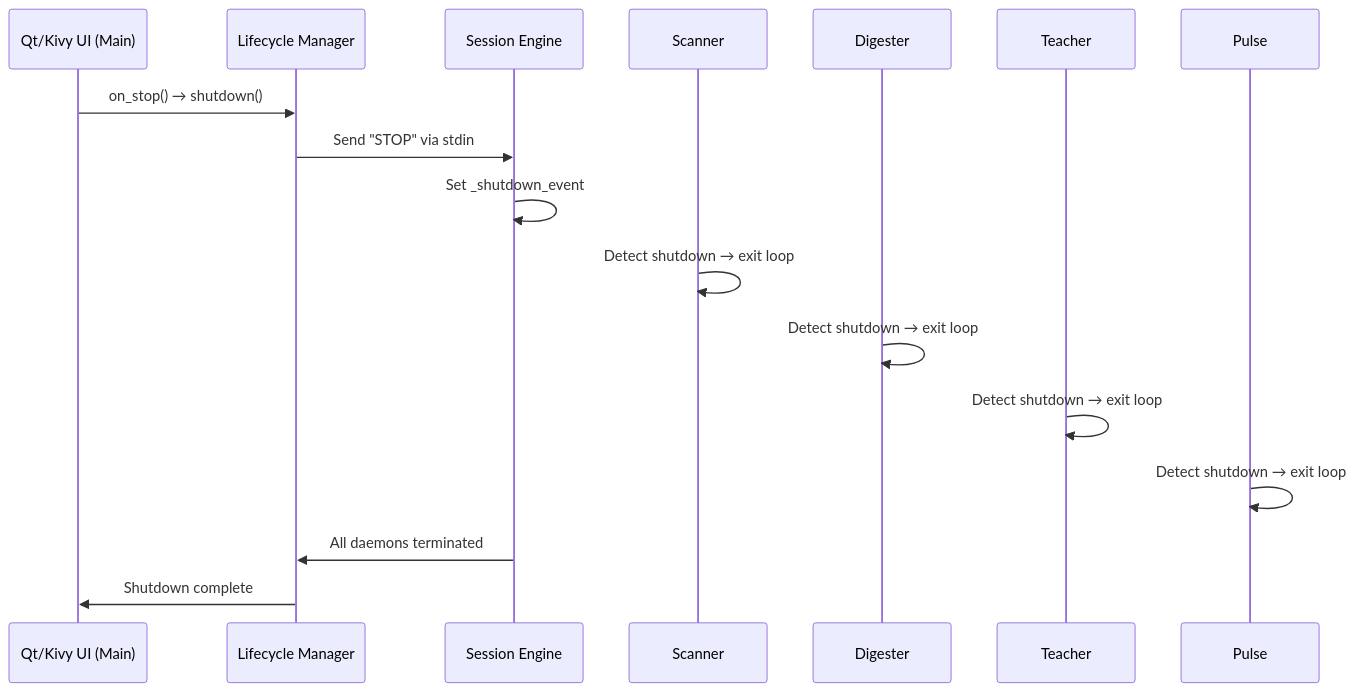
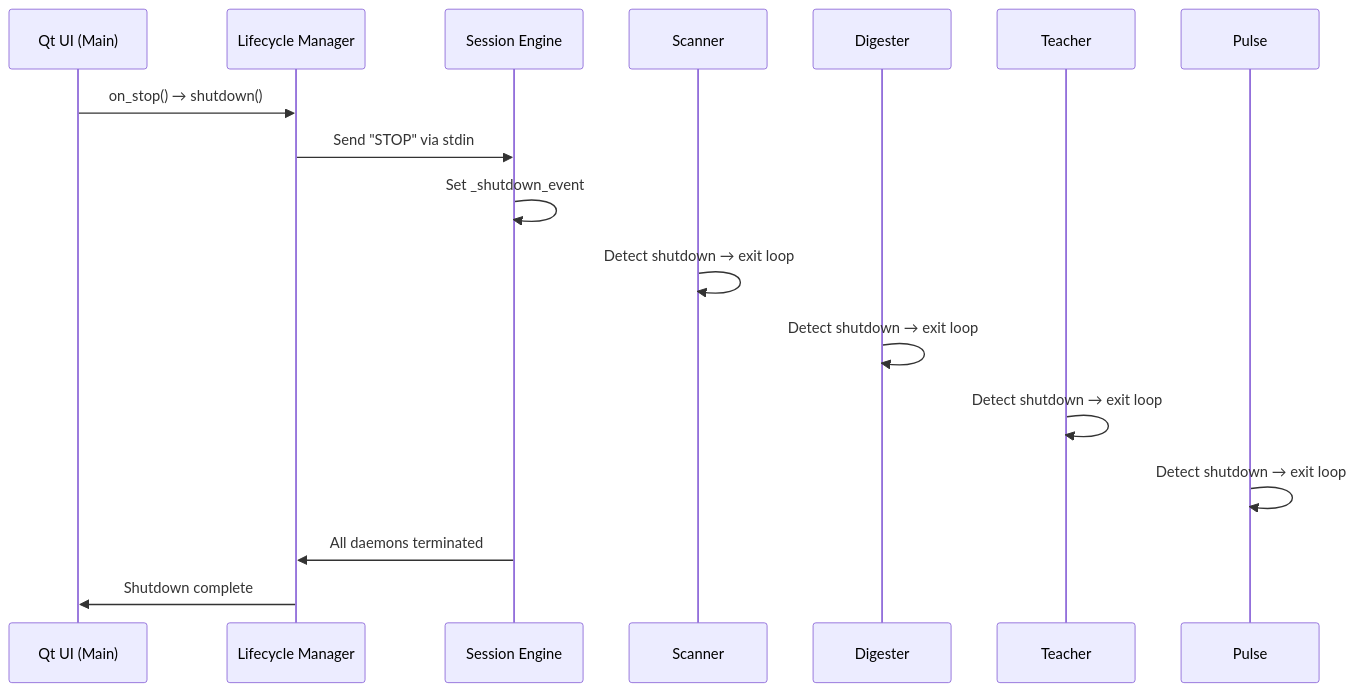
One commit to renanaugustomacena-ux/Counter-Strike-coach-AI changed diagram 13 of 53 in docs/books/Book-Coach-3-en.md. Above: the diagram before and after it, drawn with Mermaid. The commit also changed other lines of this file and 2 other files, not shown here.

First line of the commit message:
docs: update Book-Coach-3 trilogy — remove Kivy, fix screen/test counts

````diff
--- a/docs/books/Book-Coach-3-en.md
+++ b/docs/books/Book-Coach-3-en.md
@@ -840,20 +804,20 @@
 ```mermaid
 sequenceDiagram
-    participant UI as Qt/Kivy UI (Main)
+    participant UI as Qt UI (Main)
     participant LC as Lifecycle Manager
     participant SE as Session Engine
     participant H as Scanner
     participant D as Digester
     participant T as Teacher
     participant P as Pulse
 
     UI->>LC: on_stop() → shutdown()
     LC->>SE: Send "STOP" via stdin
     SE->>SE: Set _shutdown_event
     H->>H: Detect shutdown → exit loop
     D->>D: Detect shutdown → exit loop
     T->>T: Detect shutdown → exit loop
     P->>P: Detect shutdown → exit loop
     SE->>LC: All daemons terminated
     LC->>UI: Shutdown complete
 ```
````
